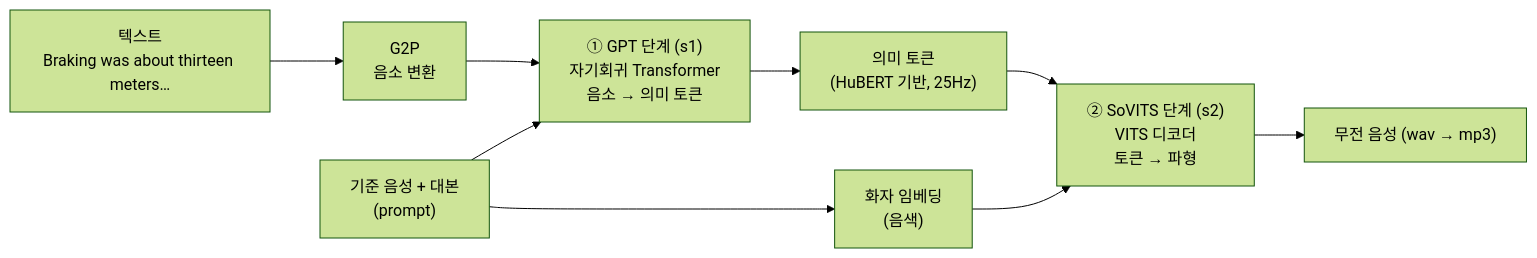
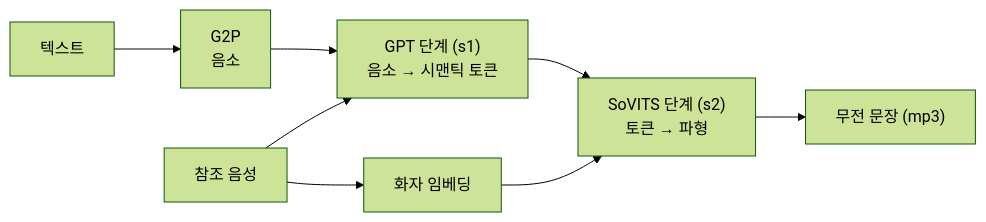
One commit to hope77-githhub/F125_Personal_RaceEngineer changed the diagram in README_ko.md. Above: the diagram before and after it, drawn with Mermaid (forest theme). The commit also changed other lines of this file and 482 other files, not shown here.

````diff
--- a/README_ko.md
+++ b/README_ko.md
@@ -170,11 +87,9 @@
 ```mermaid
 flowchart LR
-    T["텍스트<br/>Braking was about thirteen meters…"] --> G2P["G2P<br/>음소 변환"]
-    G2P --> GPT["① GPT 단계 (s1)<br/>자기회귀 Transformer<br/>음소 → 의미 토큰"]
-    R["기준 음성 + 대본<br/>(prompt)"] --> GPT
-    GPT --> SEM["의미 토큰<br/>(HuBERT 기반, 25Hz)"]
-    SEM --> SV["② SoVITS 단계 (s2)<br/>VITS 디코더<br/>토큰 → 파형"]
-    R --> EMB["화자 임베딩<br/>(음색)"]
-    EMB --> SV
-    SV --> W["무전 음성 (wav → mp3)"]
+    T["텍스트"] --> G2P["G2P<br/>음소"]
+    G2P --> GPT["GPT 단계 (s1)<br/>음소 → 시맨틱 토큰"]
+    R["참조 음성"] --> GPT
+    GPT --> SV["SoVITS 단계 (s2)<br/>토큰 → 파형"]
+    R --> EMB["화자 임베딩"] --> SV
+    SV --> W["무전 문장 (mp3)"]
 ```
````
